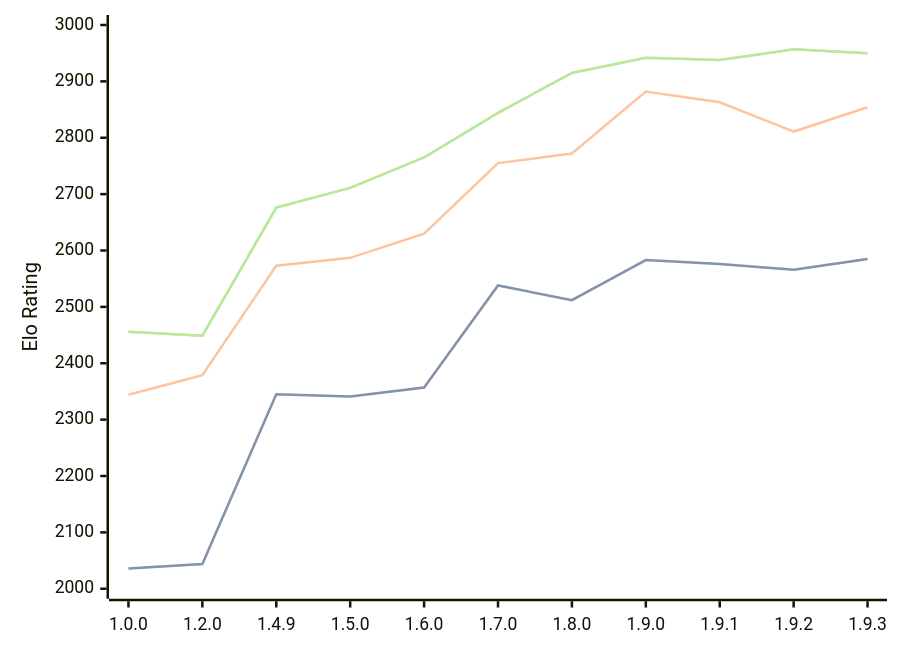
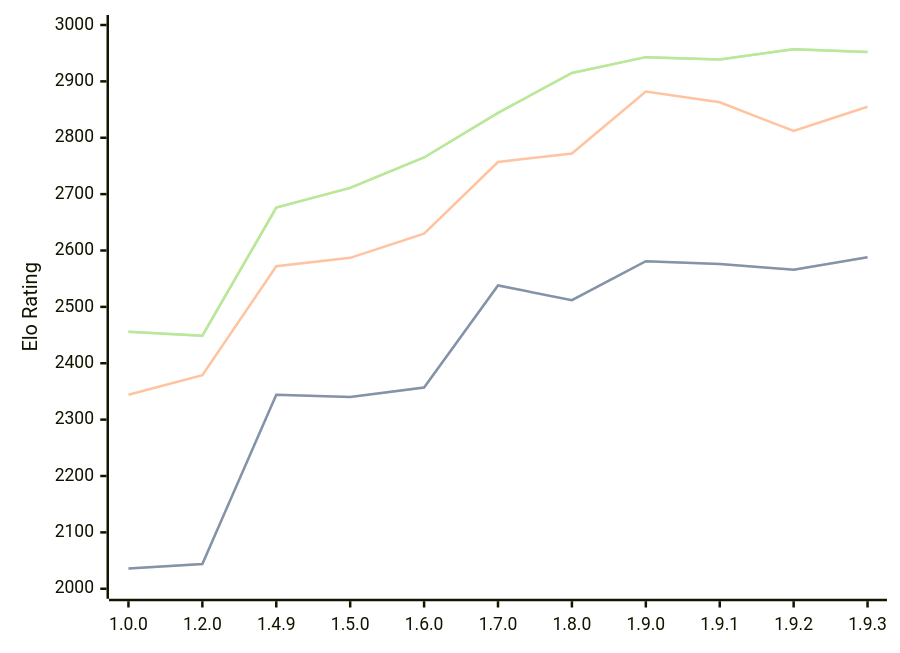
The diagram in engines/Basilisk.md (computer-chess-index/cci), drawn with Mermaid before and after one commit. The commit also changed other lines of this file, not shown here.

Commit message:
Update CCI Ratings (ELO VLTC) - 2026-08-19

````diff
--- a/engines/Basilisk.md
+++ b/engines/Basilisk.md
@@ -54,11 +54,11 @@
 ```mermaid
 %%{init: {"theme":"base","themeVariables":{"seriesColors:['#a3a3a3','#222221','#faa371']}}}%%
 xychart-beta
   x-axis ["1.0.0", "1.2.0", "1.4.9", "1.5.0", "1.6.0", "1.7.0", "1.8.0", "1.9.0", "1.9.1", "1.9.2", "1.9.3"]
   y-axis "Elo Rating" 2000 --> 3000
-  line "STC (8.0+0.08s)" [2036, 2044, 2345, 2341, 2357, 2538, 2512, 2583, 2576, 2566, 2585]
-  line "STC (8.0+0.08s)" [2036, 2044, 2345, 2341, 2357, 2538, 2512, 2583, 2576, 2566, 2585]
-  line "LTC (60.0+0.60s)" [2344, 2379, 2573, 2587, 2630, 2755, 2772, 2882, 2863, 2811, 2854]
-  line "VLTC (2m24s+1.12s)" [2456, 2449, 2676, 2711, 2765, 2844, 2915, 2942, 2938, 2957, 2950]
-  line "VLTC (2m24s+1.12s)" [2456, 2449, 2676, 2711, 2765, 2844, 2915, 2942, 2938, 2957, 2950]
+  line "STC (8.0+0.08s)" [2036, 2044, 2344, 2340, 2357, 2538, 2512, 2581, 2576, 2566, 2588]
+  line "STC (8.0+0.08s)" [2036, 2044, 2344, 2340, 2357, 2538, 2512, 2581, 2576, 2566, 2588]
+  line "LTC (60.0+0.60s)" [2344, 2379, 2572, 2587, 2630, 2757, 2772, 2882, 2863, 2812, 2855]
+  line "VLTC (2m24s+1.12s)" [2456, 2449, 2676, 2711, 2765, 2844, 2915, 2943, 2939, 2957, 2952]
+  line "VLTC (2m24s+1.12s)" [2456, 2449, 2676, 2711, 2765, 2844, 2915, 2943, 2939, 2957, 2952]
 ```
````
